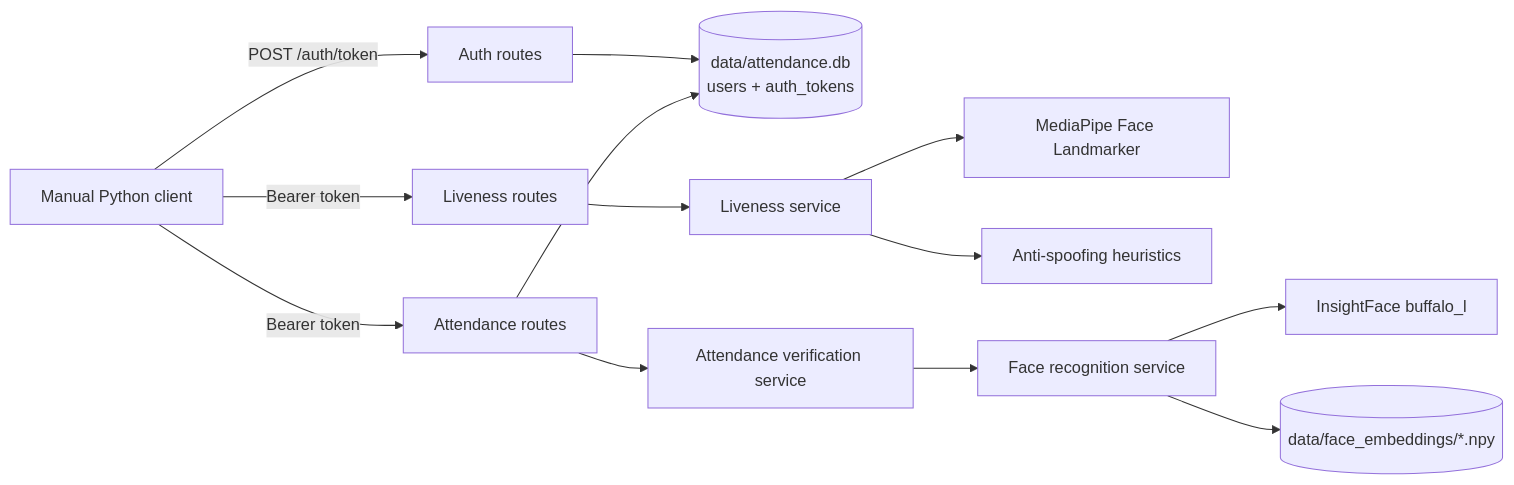
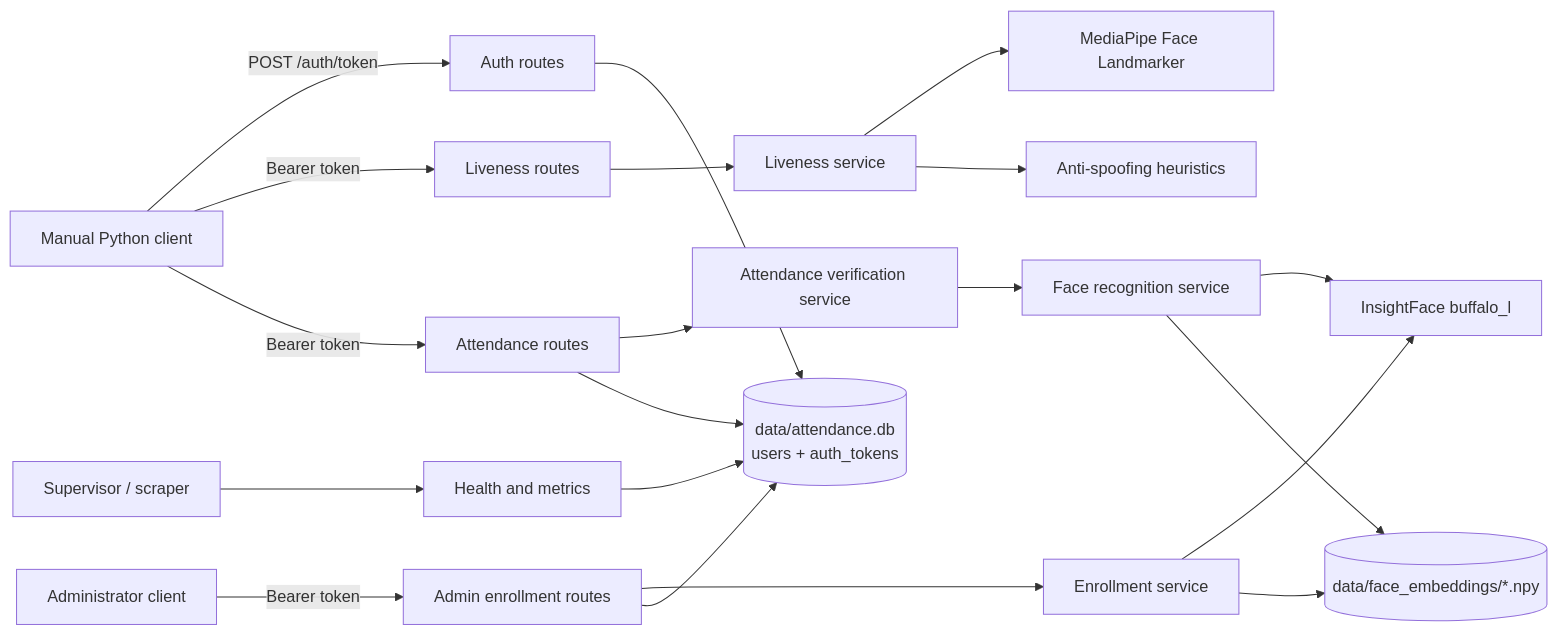
Before and after one commit to Kartik-gharte/Attendance.Application: the diagram in docs/ARCHITECTURE.md, drawn with Mermaid. The commit also changed other lines of this file, not shown here.

Commit message:
docs(architecture): refresh the component map and current-versus-future list

````diff
--- a/docs/ARCHITECTURE.md
+++ b/docs/ARCHITECTURE.md
@@ -7,15 +7,22 @@
 ```mermaid
 flowchart LR
     Client[Manual Python client] -->|POST /auth/token| AUTH[Auth routes]
     AUTH --> DB[(data/attendance.db\nusers + auth_tokens)]
     Client -->|Bearer token| LR[Liveness routes]
     LR --> LS[Liveness service]
     LS --> MP[MediaPipe Face Landmarker]
     LS --> AS[Anti-spoofing heuristics]
     Client -->|Bearer token| AR[Attendance routes]
     AR --> AV[Attendance verification service]
     AV --> FR[Face recognition service]
     FR --> IF[InsightFace buffalo_l]
     FR --> EMB[(data/face_embeddings/*.npy)]
     AR --> DB
+    Admin[Administrator client] -->|Bearer token| ADM[Admin enrollment routes]
+    ADM --> ENR[Enrollment service]
+    ENR --> IF
+    ENR --> EMB
+    ADM --> DB
+    Ops[Supervisor / scraper] --> HEALTH[Health and metrics]
+    HEALTH --> DB
 ```
````
